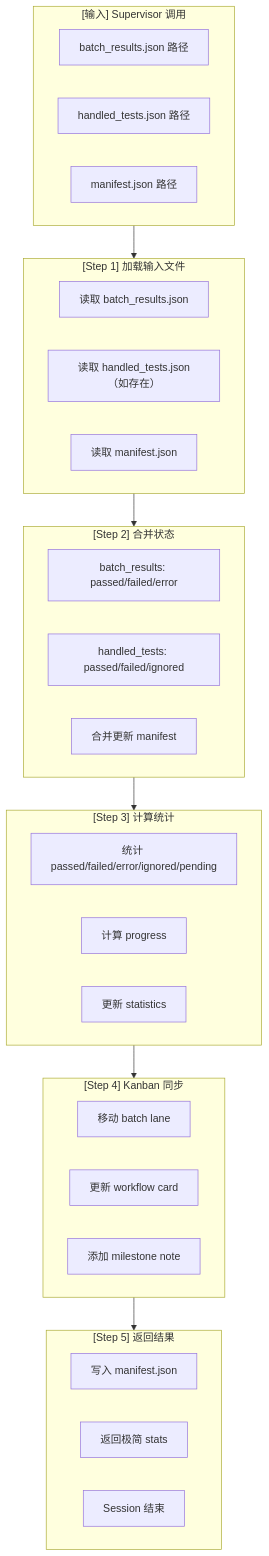
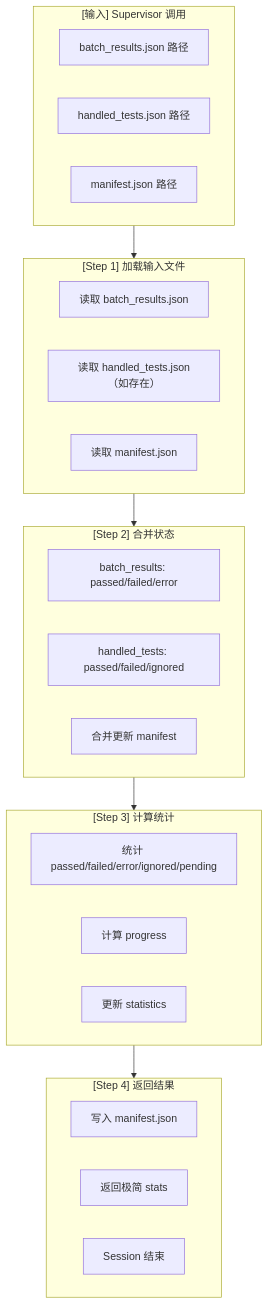
Before and after one commit to peterlau123/apmm: the diagram in skills/ut/manifest-updater/SKILL.md, drawn with Mermaid. The commit also changed other lines of this file and 369 other files, not shown here.

First line of the commit message:
refactor: UT Workflow v5.1 - supervisor→workflow consolidation, schema unification, kanban prep

````diff
--- a/skills/ut/manifest-updater/SKILL.md
+++ b/skills/ut/manifest-updater/SKILL.md
@@ -35,48 +34,40 @@
 ```mermaid
 flowchart TB
     subgraph Input["[输入] Supervisor 调用"]
         A1["batch_results.json 路径"]
         A2["handled_tests.json 路径"]
         A3["manifest.json 路径"]
     end
     
     Input --> Step1
     
     subgraph Step1["[Step 1] 加载输入文件"]
         S1_1["读取 batch_results.json"]
         S1_2["读取 handled_tests.json（如存在）"]
         S1_3["读取 manifest.json"]
     end
     
     Step1 --> Step2
     
     subgraph Step2["[Step 2] 合并状态"]
         S2_1["batch_results: passed/failed/error"]
         S2_2["handled_tests: passed/failed/ignored"]
         S2_3["合并更新 manifest"]
     end
     
     Step2 --> Step3
     
     subgraph Step3["[Step 3] 计算统计"]
         S3_1["统计 passed/failed/error/ignored/pending"]
         S3_2["计算 progress"]
         S3_3["更新 statistics"]
     end
     
-    Step3 --> Step4
-    
-    subgraph Step4["[Step 4] Kanban 同步"]
-        S4_1["移动 batch lane"]
-        S4_2["更新 workflow card"]
-        S4_3["添加 milestone note"]
-    end
-    
-    Step4 --> Step5
-    
-    subgraph Step5["[Step 5] 返回结果"]
+    Step3 --> Step5
+
+subgraph Step5["[Step 4] 返回结果"]
         S5_1["写入 manifest.json"]
         S5_2["返回极简 stats"]
         S5_3["Session 结束"]
     end
 ```
````
